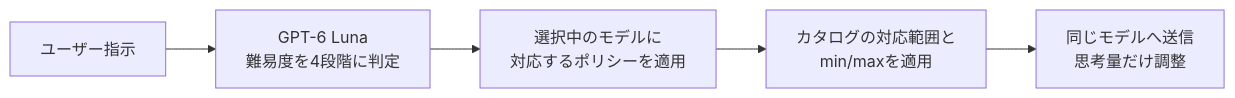
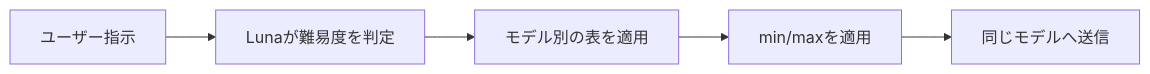
One commit to MametaroGG/OpenCode-Codex-AutoReasoning changed the diagram in README.md. Above: the diagram before and after it, drawn with Mermaid. The commit also changed 1 other file, not shown here.

Commit message:
Shorten Mermaid diagram labels to avoid awkward Japanese line breaks
Keep each node label short enough to render on one line in the GitHub Mermaid diagram, in both READMEs.

````diff
--- a/README.md
+++ b/README.md
@@ -18,7 +18,7 @@
 ```mermaid
 flowchart LR
-    A[ユーザー指示] --> B[GPT-6 Luna<br/>難易度を4段階に判定]
-    B --> C[選択中のモデルに<br/>対応するポリシーを適用]
-    C --> D[カタログの対応範囲と<br/>min/maxを適用]
-    D --> E[同じモデルへ送信<br/>思考量だけ調整]
+    A[ユーザー指示] --> B[Lunaが難易度を判定]
+    B --> C[モデル別の表を適用]
+    C --> D[min/maxを適用]
+    D --> E[同じモデルへ送信]
 ```
````
